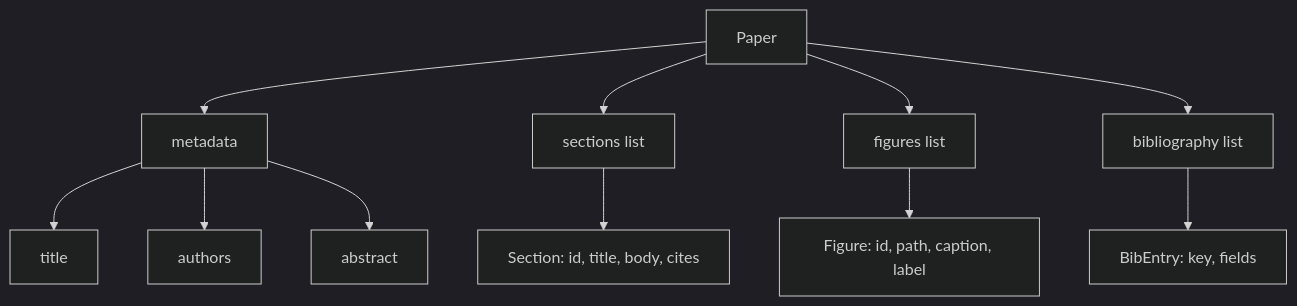
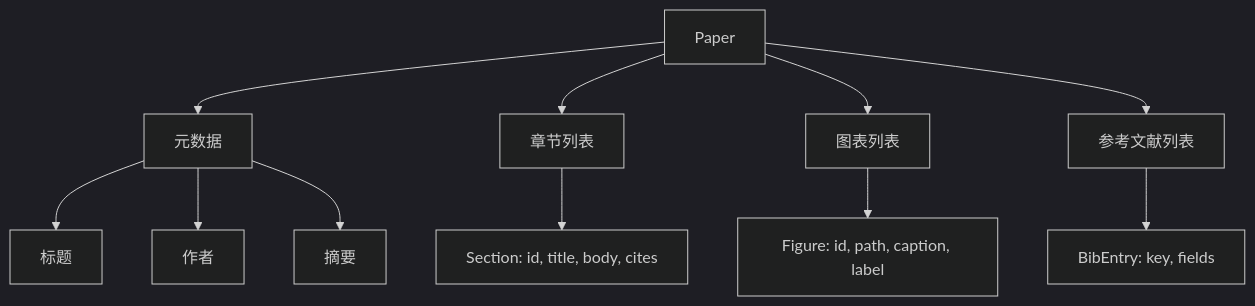
Before and after one commit to alessandrodinisio-ai/ai-engineering-learning-framework: the first of 3 diagrams in phases/19-capstone-projects/54-paper-writer/docs/zh.md, drawn with Mermaid (dark theme). The commit also changed other lines of this file and 120 other files, not shown here.

First line of the commit message:
i18n(mermaid): 337 个 mermaid 图表标签中文化

````diff
--- a/phases/19-capstone-projects/54-paper-writer/docs/zh.md
+++ b/phases/19-capstone-projects/54-paper-writer/docs/zh.md
@@ -28,13 +28,13 @@
 ```mermaid
 flowchart TB
-    Paper[Paper] --> Meta[metadata]
-    Paper --> Sections[sections list]
-    Paper --> Figures[figures list]
-    Paper --> Bib[bibliography list]
-    Meta --> Title[title]
-    Meta --> Authors[authors]
-    Meta --> Abstract[abstract]
+    Paper[Paper] --> Meta[元数据]
+    Paper --> Sections[章节列表]
+    Paper --> Figures[图表列表]
+    Paper --> Bib[参考文献列表]
+    Meta --> Title[标题]
+    Meta --> Authors[作者]
+    Meta --> Abstract[摘要]
     Sections --> Sec1[Section: id, title, body, cites]
     Figures --> Fig1[Figure: id, path, caption, label]
     Bib --> Entry1[BibEntry: key, fields]
 ```
````
